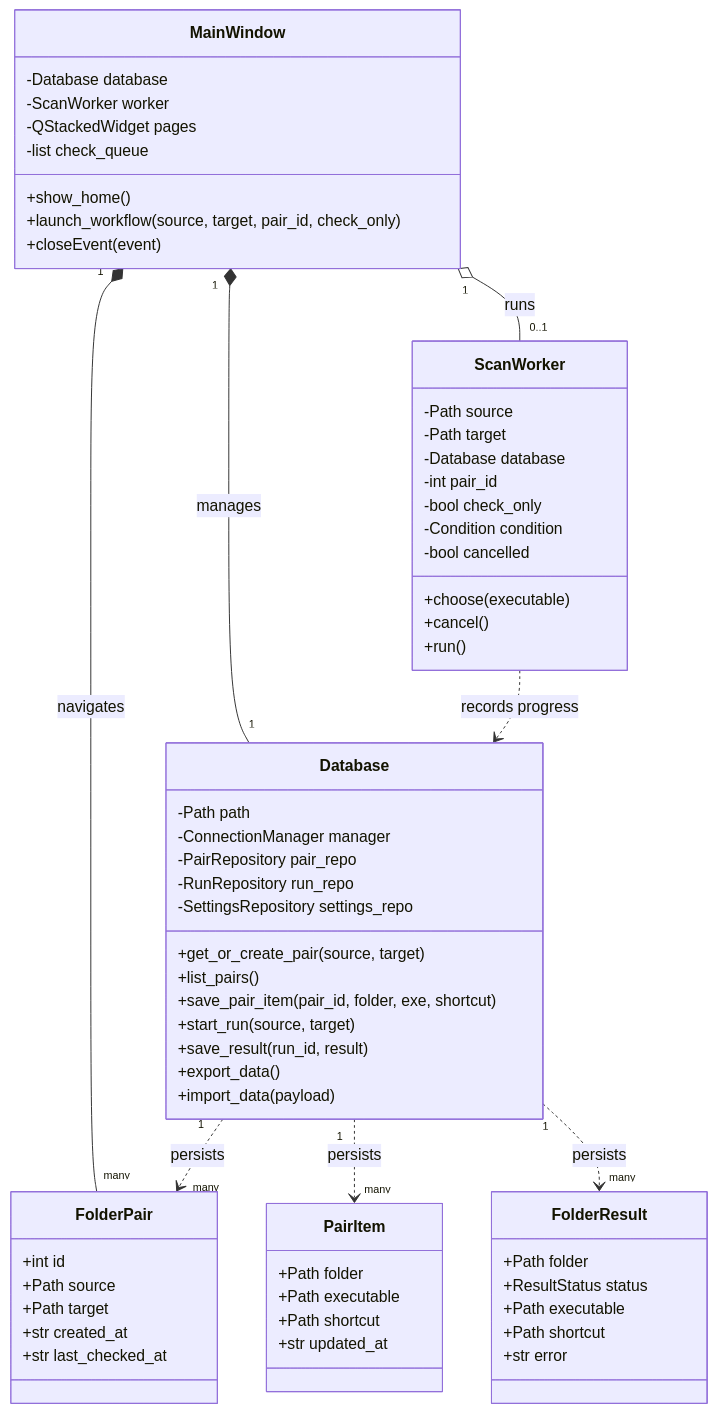
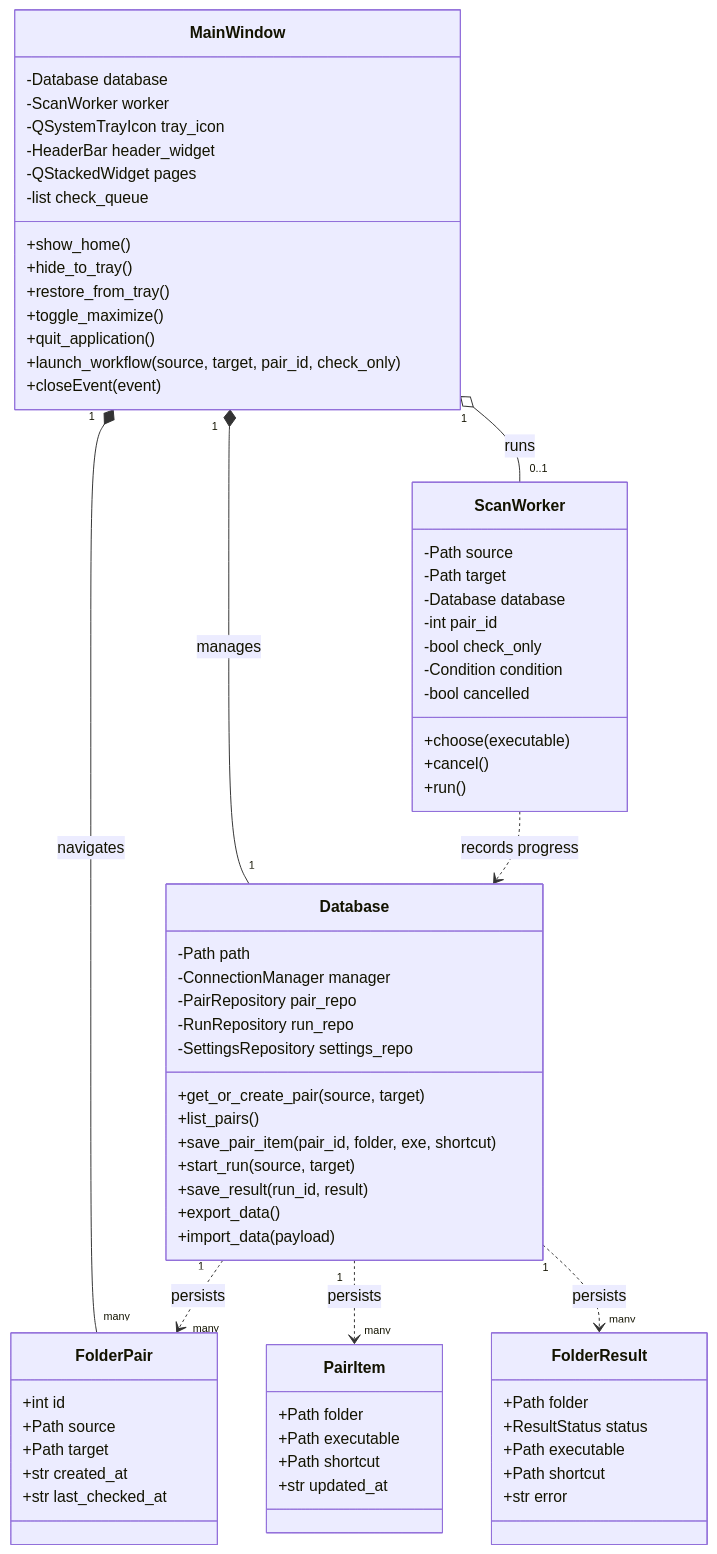
One commit to tbkmax/ShortcutStudio changed the first of 4 diagrams in shortcut_studio/doc/workflow_diagram.md. Above: the diagram before and after it, drawn with Mermaid. The commit also changed 14 other files, not shown here.

````diff
--- a/shortcut_studio/doc/workflow_diagram.md
+++ b/shortcut_studio/doc/workflow_diagram.md
@@ -11,72 +11,78 @@
 ```mermaid
 classDiagram
     direction TB
     class MainWindow {
         -Database database
         -ScanWorker worker
+        -QSystemTrayIcon tray_icon
+        -HeaderBar header_widget
         -QStackedWidget pages
         -list check_queue
         +show_home()
+        +hide_to_tray()
+        +restore_from_tray()
+        +toggle_maximize()
+        +quit_application()
         +launch_workflow(source, target, pair_id, check_only)
         +closeEvent(event)
     }
 
     class ScanWorker {
         -Path source
         -Path target
         -Database database
         -int pair_id
         -bool check_only
         -Condition condition
         -bool cancelled
         +choose(executable)
         +cancel()
         +run()
     }
 
     class Database {
         -Path path
         -ConnectionManager manager
         -PairRepository pair_repo
         -RunRepository run_repo
         -SettingsRepository settings_repo
         +get_or_create_pair(source, target)
         +list_pairs()
         +save_pair_item(pair_id, folder, exe, shortcut)
         +start_run(source, target)
         +save_result(run_id, result)
         +export_data()
         +import_data(payload)
     }
 
     class FolderPair {
         +int id
         +Path source
         +Path target
         +str created_at
         +str last_checked_at
     }
 
     class PairItem {
         +Path folder
         +Path executable
         +Path shortcut
         +str updated_at
     }
 
     class FolderResult {
         +Path folder
         +ResultStatus status
         +Path executable
         +Path shortcut
         +str error
     }
 
     MainWindow "1" *-- "1" Database : manages
     MainWindow "1" o-- "0..1" ScanWorker : runs
     MainWindow "1" *-- "many" FolderPair : navigates
     Database "1" ..> "many" FolderPair : persists
     Database "1" ..> "many" PairItem : persists
     Database "1" ..> "many" FolderResult : persists
     ScanWorker ..> Database : records progress
 ```
````
